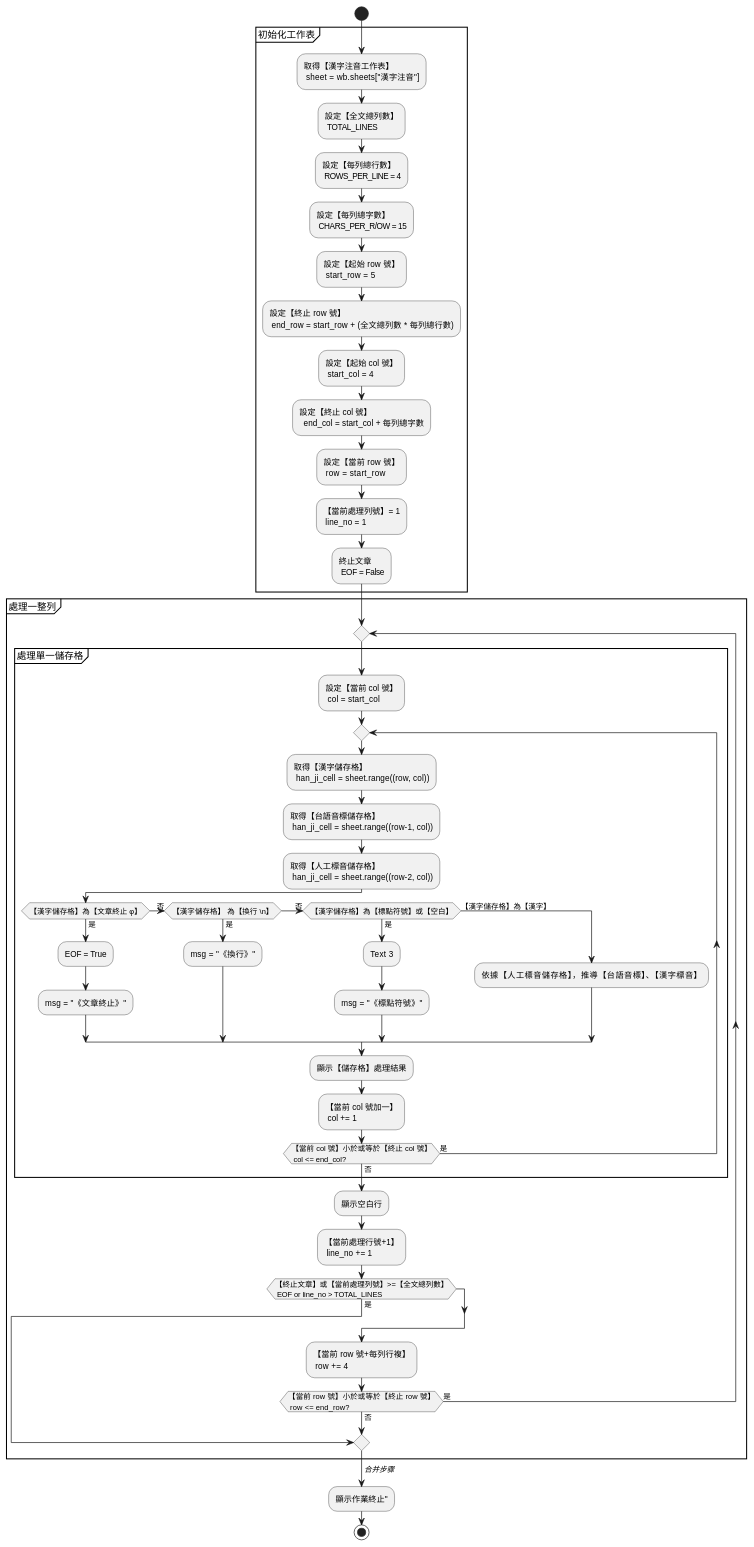
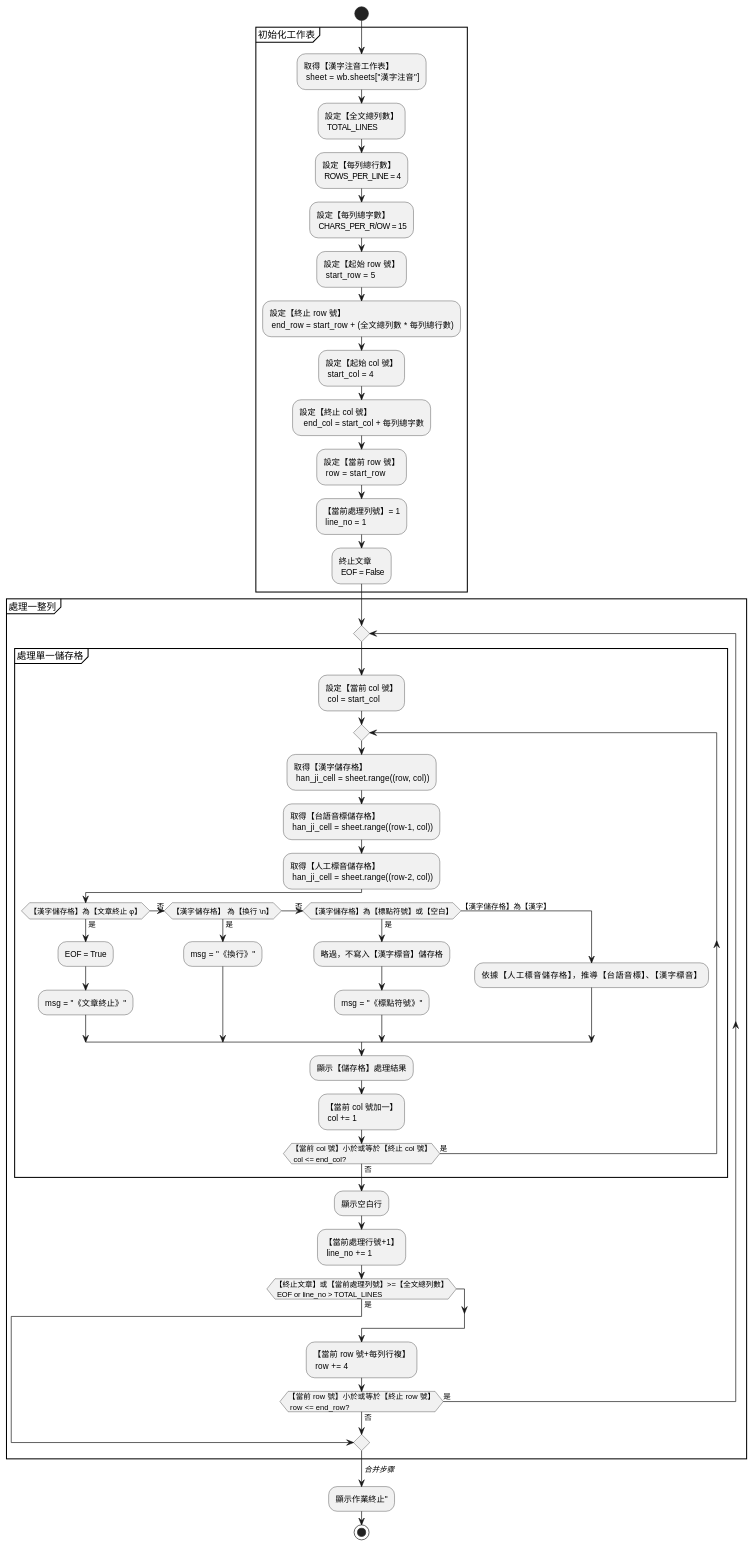
The diagram in Documents/PRG-c100_程式說明文件.md (AlanJui/Piau-Im), drawn with PlantUML before and after one commit. The commit also changed other lines of this file and 8 other files, not shown here.

````diff
--- a/Documents/PRG-c100_程式說明文件.md
+++ b/Documents/PRG-c100_程式說明文件.md
@@ -72,60 +72,60 @@
 ```plantuml
 @startuml
 start
 partition 初始化工作表 {
     :取得【漢字注音工作表】\n sheet = wb.sheets["漢字注音"];
 
     :設定【全文總列數】\n TOTAL_LINES;
     :設定【每列總行數】\n ROWS_PER_LINE = 4;
     :設定【每列總字數】\n CHARS_PER_R/OW = 15;
     :設定【起始 row 號】\n start_row = 5;
     :設定【終止 row 號】\n end_row = start_row + (全文總列數 * 每列總行數);
     :設定【起始 col 號】\n start_col = 4;
     :設定【終止 col 號】\n  end_col = start_col + 每列總字數;
 
 
     :設定【當前 row 號】\n row = start_row;
     :【當前處理列號】= 1\n line_no = 1;
     :終止文章\n EOF = False;
 }
 
 group 處理一整列 {
     repeat
         group 處理單一儲存格 {
             :設定【當前 col 號】\n col = start_col;
             repeat
                 :取得【漢字儲存格】\n han_ji_cell = sheet.range((row, col));
                 :取得【台語音標儲存格】\n han_ji_cell = sheet.range((row-1, col));
                 :取得【人工標音儲存格】\n han_ji_cell = sheet.range((row-2, col));
 
                 if (【漢字儲存格】為【文章終止 φ】) then (是)
                     :EOF = True;
                     :msg = "《文章終止》";
                 (否) elseif (【漢字儲存格】 為【換行 \\n】) then (是)
                     :msg = "《換行》";
                 (否) elseif (【漢字儲存格】為【標點符號】或【空白】) then (是)
-                    :Text 3;
+                    :略過，不寫入【漢字標音】儲存格;
                     :msg = "《標點符號》";
                 else (【漢字儲存格】為【漢字】)
                     :依據【人工標音儲存格】，推導【台語音標】、【漢字標音】;
                 endif
                 :顯示【儲存格】處理結果;
                 :【當前 col 號加一】\n col += 1;
             repeat while (【當前 col 號】小於或等於【終止 col 號】\n col <= end_col?) is (是) not (否)
         }
 
         :顯示空白行;
         :【當前處理行號+1】\n line_no += 1;
         if (【終止文章】或【當前處理列號】>=【全文總列數】\n EOF or line_no > TOTAL_LINES) then (是)
             break
         endif
         :【當前 row 號+每列行複】\n row += 4;
     repeat while (【當前 row 號】小於或等於【終止 row 號】\n row <= end_row?) is (是) not (否)
     ->//合并步骤//;
 }
 
 :顯示作業終止";
 
 stop
 @enduml
 ```
````
